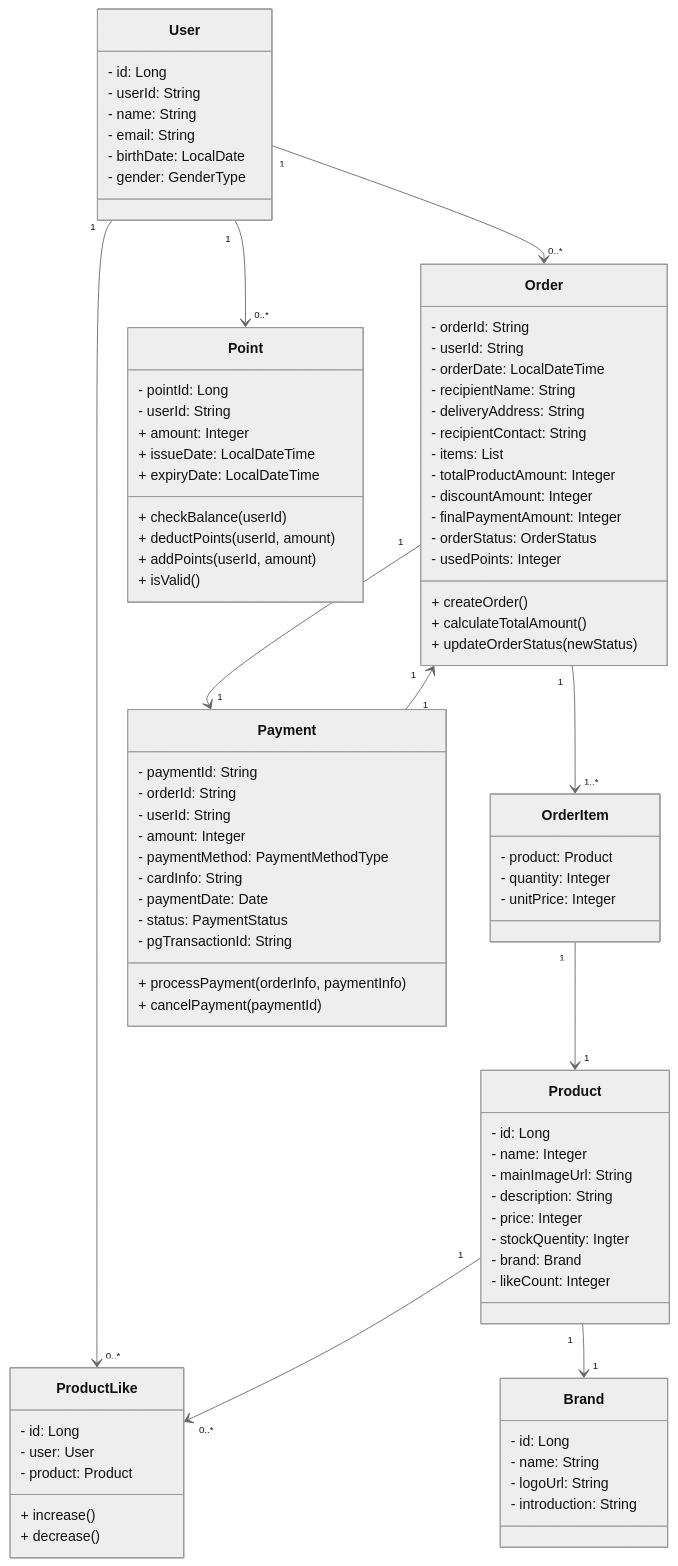
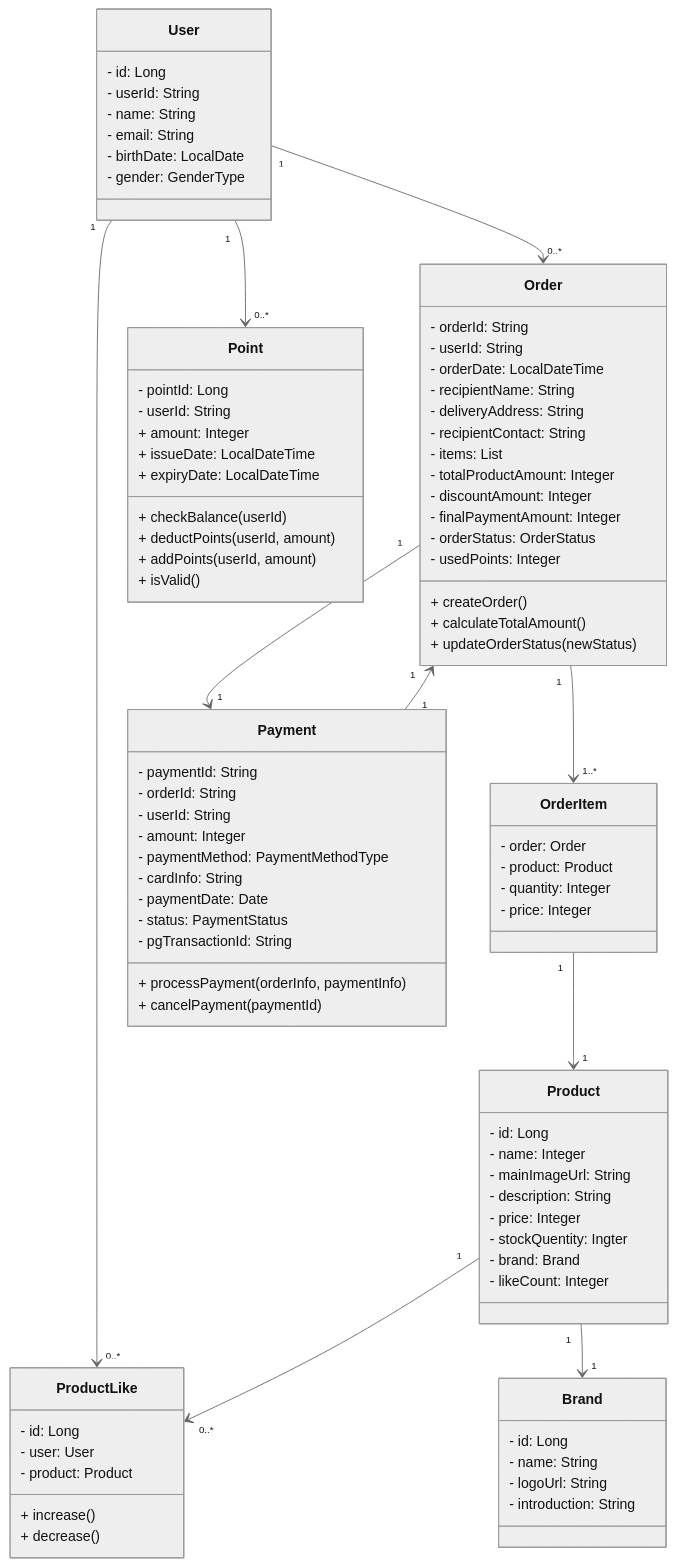
The diagram in docs/design/03-class-diagrams.md (b2aconnn/emotive-ecommerce-api), drawn with Mermaid (neutral theme) before and after one commit. The commit also changed 9 other files, not shown here.

```diff
--- a/docs/design/03-class-diagrams.md
+++ b/docs/design/03-class-diagrams.md
@@ -39,9 +39,10 @@
     }
 
     class OrderItem {
+        - order: Order
         - product: Product
         - quantity: Integer
-        - unitPrice: Integer
+        - price: Integer
     }
 
     class Order {
```
